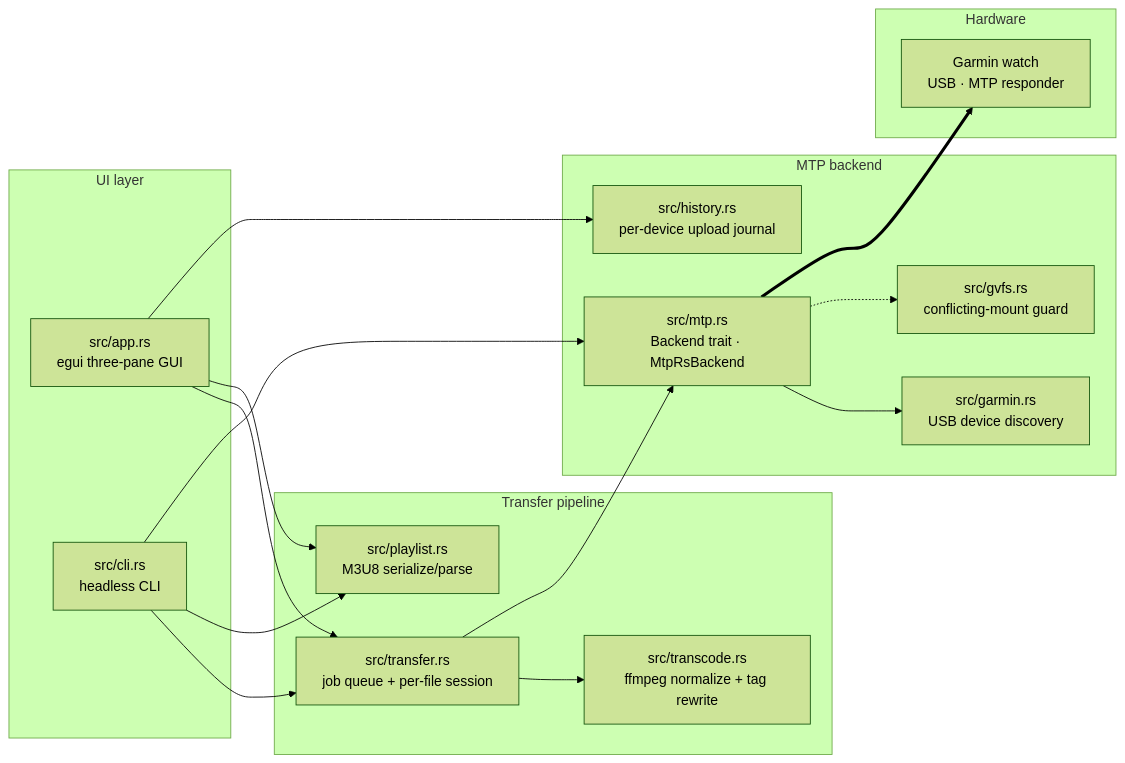
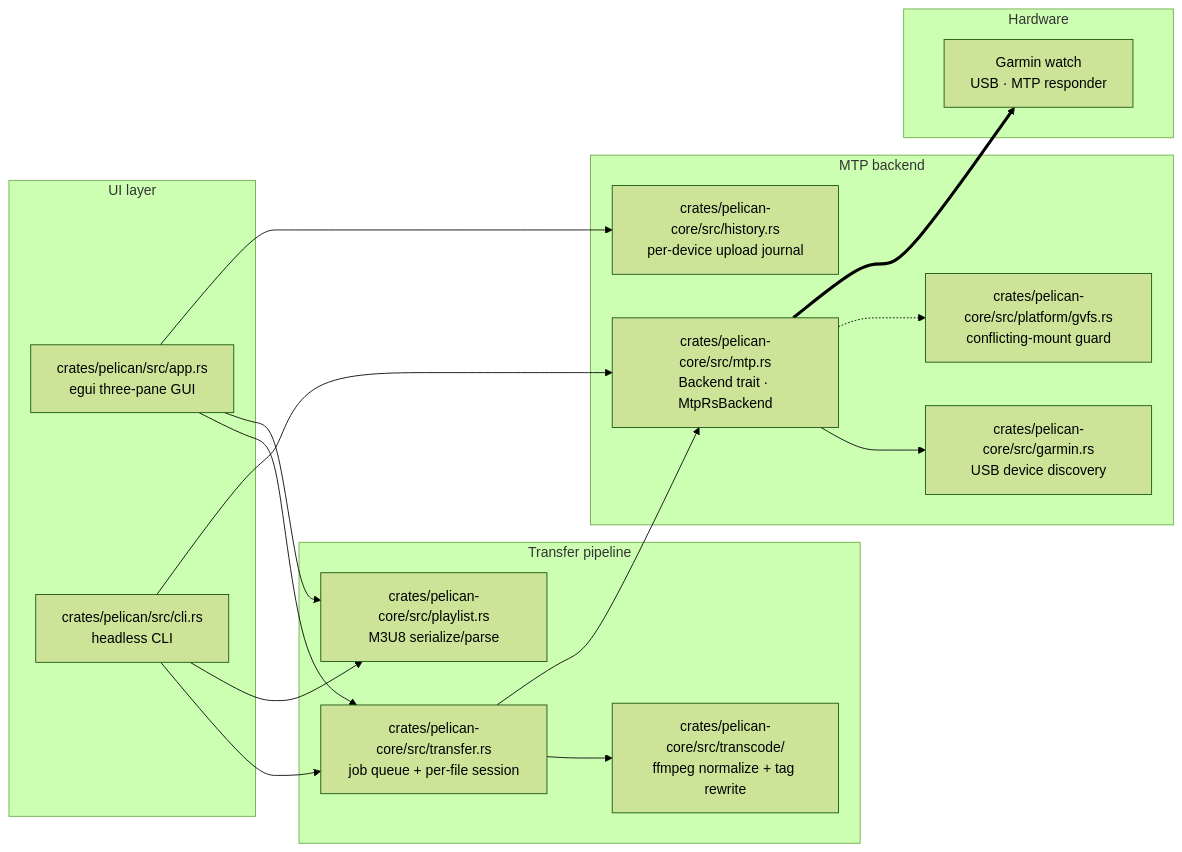
Before and after one commit to n0ble-s1x/pelican: the diagram in README.md, drawn with Mermaid (forest theme). The commit also changed other lines of this file and 43 other files, not shown here.

First line of the commit message:
refactor: extract pelican-core, add macOS platform support

````diff
--- a/README.md
+++ b/README.md
@@ -185,47 +185,47 @@
 ```mermaid
 flowchart LR
 
   subgraph ui["UI layer"]
-    gui["src/app.rs<br/>egui three-pane GUI"]
-    cli["src/cli.rs<br/>headless CLI"]
+    gui["crates/pelican/src/app.rs<br/>egui three-pane GUI"]
+    cli["crates/pelican/src/cli.rs<br/>headless CLI"]
   end
 
   subgraph pipeline["Transfer pipeline"]
-    transfer["src/transfer.rs<br/>job queue + per-file session"]
-    transcode["src/transcode.rs<br/>ffmpeg normalize + tag rewrite"]
-    playlist["src/playlist.rs<br/>M3U8 serialize/parse"]
+    transfer["crates/pelican-core/src/transfer.rs<br/>job queue + per-file session"]
+    transcode["crates/pelican-core/src/transcode/<br/>ffmpeg normalize + tag rewrite"]
+    playlist["crates/pelican-core/src/playlist.rs<br/>M3U8 serialize/parse"]
   end
 
   subgraph backend["MTP backend"]
-    mtp["src/mtp.rs<br/>Backend trait · MtpRsBackend"]
-    garmin["src/garmin.rs<br/>USB device discovery"]
-    gvfs["src/gvfs.rs<br/>conflicting-mount guard"]
-    history["src/history.rs<br/>per-device upload journal"]
+    mtp["crates/pelican-core/src/mtp.rs<br/>Backend trait · MtpRsBackend"]
+    garmin["crates/pelican-core/src/garmin.rs<br/>USB device discovery"]
+    gvfs["crates/pelican-core/src/platform/gvfs.rs<br/>conflicting-mount guard"]
+    history["crates/pelican-core/src/history.rs<br/>per-device upload journal"]
   end
 
   subgraph hw["Hardware"]
     watch["Garmin watch<br/>USB · MTP responder"]
   end
 
   gui --> transfer
   cli --> transfer
   transfer --> transcode
   transfer --> mtp
   cli --> playlist
   cli --> mtp
   gui --> playlist
   gui --> history
   mtp --> garmin
   mtp -.-> gvfs
   mtp ==> watch
 
-  click gui "src/app.rs"
-  click cli "src/cli.rs"
-  click transfer "src/transfer.rs"
-  click transcode "src/transcode.rs"
-  click playlist "src/playlist.rs"
-  click mtp "src/mtp.rs"
-  click garmin "src/garmin.rs"
-  click gvfs "src/gvfs.rs"
-  click history "src/history.rs"
+  click gui "crates/pelican/src/app.rs"
+  click cli "crates/pelican/src/cli.rs"
+  click transfer "crates/pelican-core/src/transfer.rs"
+  click transcode "crates/pelican-core/src/transcode/"
+  click playlist "crates/pelican-core/src/playlist.rs"
+  click mtp "crates/pelican-core/src/mtp.rs"
+  click garmin "crates/pelican-core/src/garmin.rs"
+  click gvfs "crates/pelican-core/src/platform/gvfs.rs"
+  click history "crates/pelican-core/src/history.rs"
 ```
````
